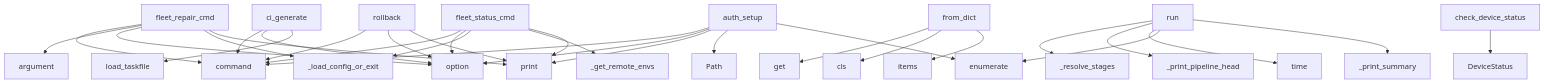
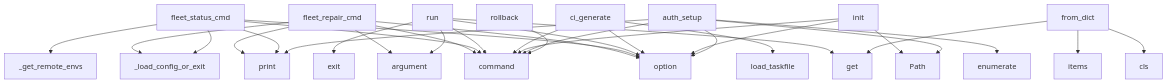
Before and after one commit to pyfunc/taskfile: the diagram in project/context.md, drawn with Mermaid. The commit also changed other lines of this file and 22 other files, not shown here.

````diff
--- a/project/context.md
+++ b/project/context.md
@@ -632,33 +642,33 @@
 ```mermaid
 graph TD
     fleet_repair_cmd --> command
     fleet_repair_cmd --> argument
     fleet_repair_cmd --> option
     fleet_repair_cmd --> _load_config_or_exit
     fleet_repair_cmd --> print
     fleet_status_cmd --> command
     fleet_status_cmd --> option
     fleet_status_cmd --> _load_config_or_exit
     fleet_status_cmd --> _get_remote_envs
     fleet_status_cmd --> print
+    run --> command
+    run --> argument
+    run --> option
+    run --> get
+    run --> exit
     ci_generate --> command
     ci_generate --> option
     ci_generate --> load_taskfile
     from_dict --> get
     from_dict --> cls
     from_dict --> items
+    init --> command
+    init --> option
+    init --> Path
     auth_setup --> command
     auth_setup --> option
     auth_setup --> print
     auth_setup --> Path
     auth_setup --> enumerate
     rollback --> command
-    rollback --> option
-    rollback --> print
-    run --> _resolve_stages
-    run --> _print_pipeline_head
-    run --> time
-    run --> enumerate
-    run --> _print_summary
-    check_device_status --> DeviceStatus
 ```
````
